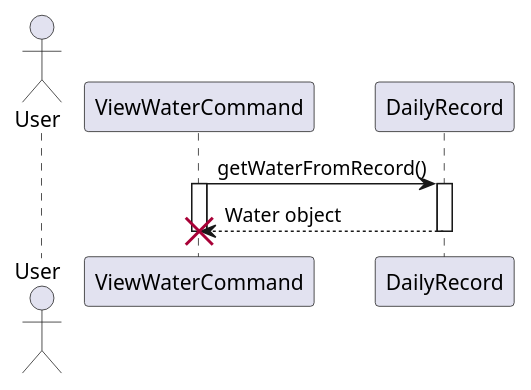
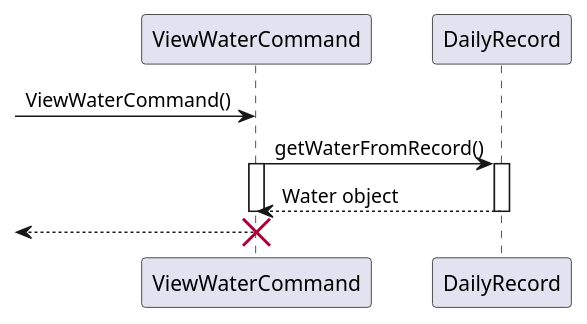
Before and after one commit to nus-cs2113-AY2425S1/tp: the diagram in docs/diagrams/viewWaterSequenceDiagram.puml, drawn with PlantUML. The commit also changed 4 other files, not shown here.

```diff
--- a/docs/diagrams/viewWaterSequenceDiagram.puml
+++ b/docs/diagrams/viewWaterSequenceDiagram.puml
@@ -1,14 +1,17 @@
 @startuml
-actor User
+
 participant "ViewWaterCommand" as ViewCmd
 participant "DailyRecord" as DailyRec
 
+create ViewCmd
+-> ViewCmd : ViewWaterCommand()
 ViewCmd -> DailyRec: getWaterFromRecord()
 activate ViewCmd
 activate DailyRec
 DailyRec --> ViewCmd: Water object
 deactivate DailyRec
 
 deactivate ViewCmd
+<-- ViewCmd
 destroy ViewCmd
 @enduml
```
